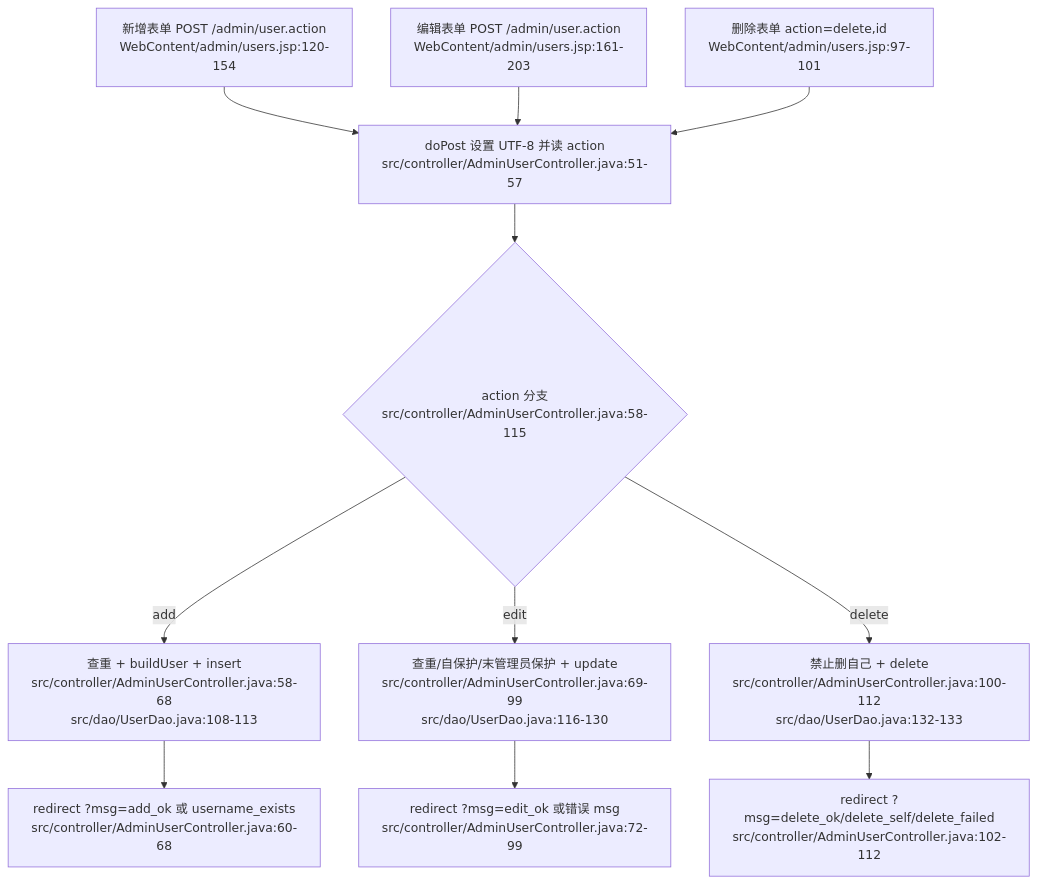
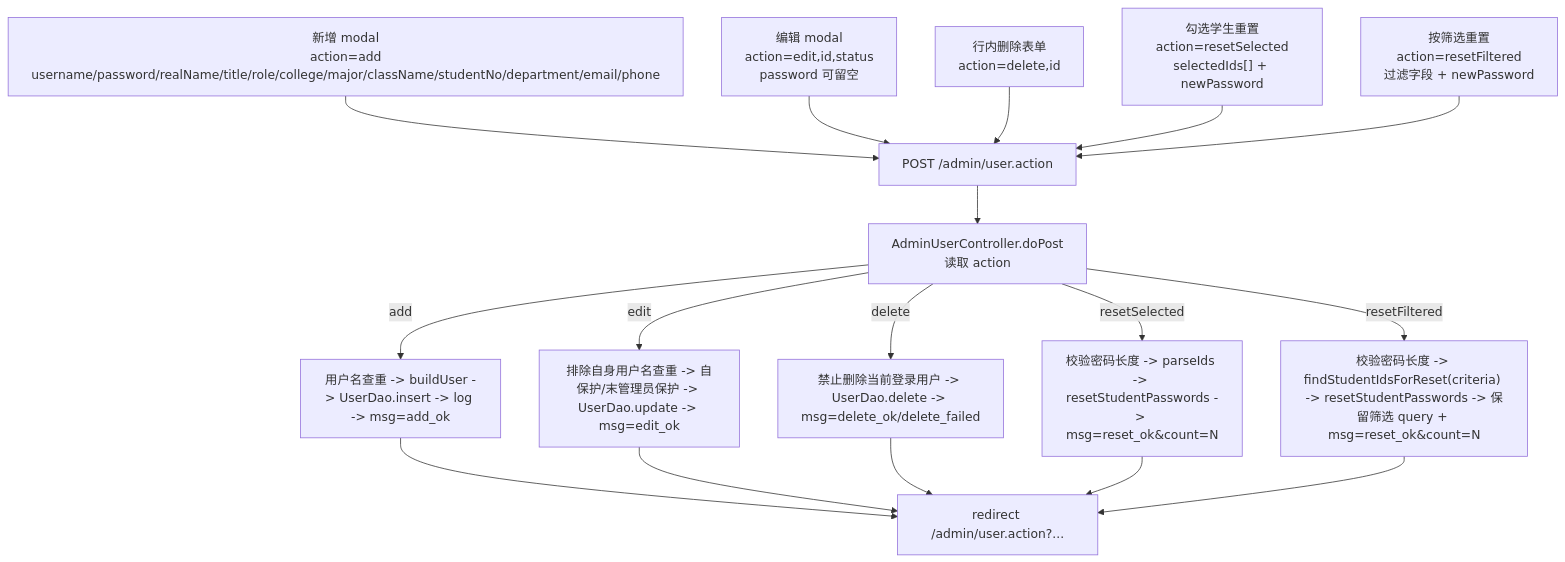
One commit to guangxiangdebizi/graduation-design-management-system changed the second of 10 diagrams in docs/网络数据流详解/parts/04-admin-flows.md. Above: the diagram before and after it, drawn with Mermaid. The commit also changed other lines of this file and 8 other files, not shown here.

First line of the commit message:
refactor project documentation and enhance network data flow details

````diff
--- a/docs/网络数据流详解/parts/04-admin-flows.md
+++ b/docs/网络数据流详解/parts/04-admin-flows.md
@@ -118,13 +77,19 @@
 ```mermaid
 flowchart TD
-  A["新增表单 POST /admin/user.action<br/>WebContent/admin/users.jsp:120-154"] --> D["doPost 设置 UTF-8 并读 action<br/>src/controller/AdminUserController.java:51-57"]
-  B["编辑表单 POST /admin/user.action<br/>WebContent/admin/users.jsp:161-203"] --> D
-  C["删除表单 action=delete,id<br/>WebContent/admin/users.jsp:97-101"] --> D
-  D --> E{"action 分支<br/>src/controller/AdminUserController.java:58-115"}
-  E -->|add| F["查重 + buildUser + insert<br/>src/controller/AdminUserController.java:58-68<br/>src/dao/UserDao.java:108-113"]
-  E -->|edit| G["查重/自保护/末管理员保护 + update<br/>src/controller/AdminUserController.java:69-99<br/>src/dao/UserDao.java:116-130"]
-  E -->|delete| H["禁止删自己 + delete<br/>src/controller/AdminUserController.java:100-112<br/>src/dao/UserDao.java:132-133"]
-  F --> I["redirect ?msg=add_ok 或 username_exists<br/>src/controller/AdminUserController.java:60-68"]
-  G --> J["redirect ?msg=edit_ok 或错误 msg<br/>src/controller/AdminUserController.java:72-99"]
-  H --> K["redirect ?msg=delete_ok/delete_self/delete_failed<br/>src/controller/AdminUserController.java:102-112"]
+  A["新增 modal<br/>action=add<br/>username/password/realName/title/role/college/major/className/studentNo/department/email/phone"] --> P["POST /admin/user.action"]
+  B["编辑 modal<br/>action=edit,id,status<br/>password 可留空"] --> P
+  C["行内删除表单<br/>action=delete,id"] --> P
+  D["勾选学生重置<br/>action=resetSelected<br/>selectedIds[] + newPassword"] --> P
+  E["按筛选重置<br/>action=resetFiltered<br/>过滤字段 + newPassword"] --> P
+  P --> F["AdminUserController.doPost<br/>读取 action"]
+  F -->|add| G["用户名查重 -> buildUser -> UserDao.insert -> log -> msg=add_ok"]
+  F -->|edit| H["排除自身用户名查重 -> 自保护/末管理员保护 -> UserDao.update -> msg=edit_ok"]
+  F -->|delete| I["禁止删除当前登录用户 -> UserDao.delete -> msg=delete_ok/delete_failed"]
+  F -->|resetSelected| J["校验密码长度 -> parseIds -> resetStudentPasswords -> msg=reset_ok&count=N"]
+  F -->|resetFiltered| K["校验密码长度 -> findStudentIdsForReset(criteria) -> resetStudentPasswords -> 保留筛选 query + msg=reset_ok&count=N"]
+  G --> R["redirect /admin/user.action?..."]
+  H --> R
+  I --> R
+  J --> R
+  K --> R
 ```
````
